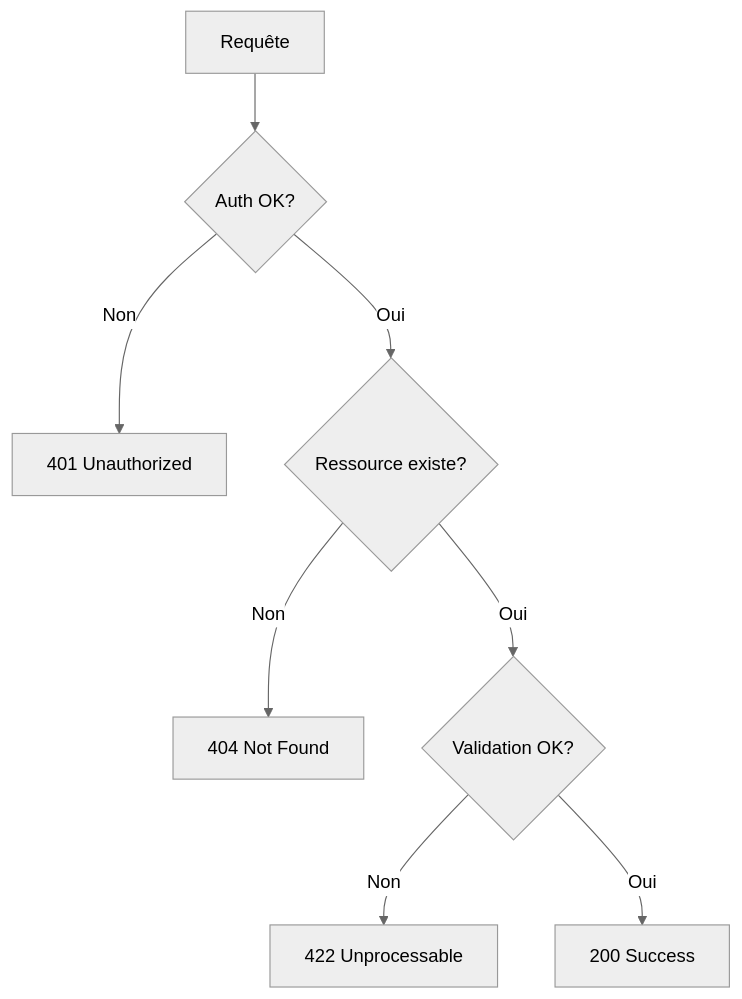
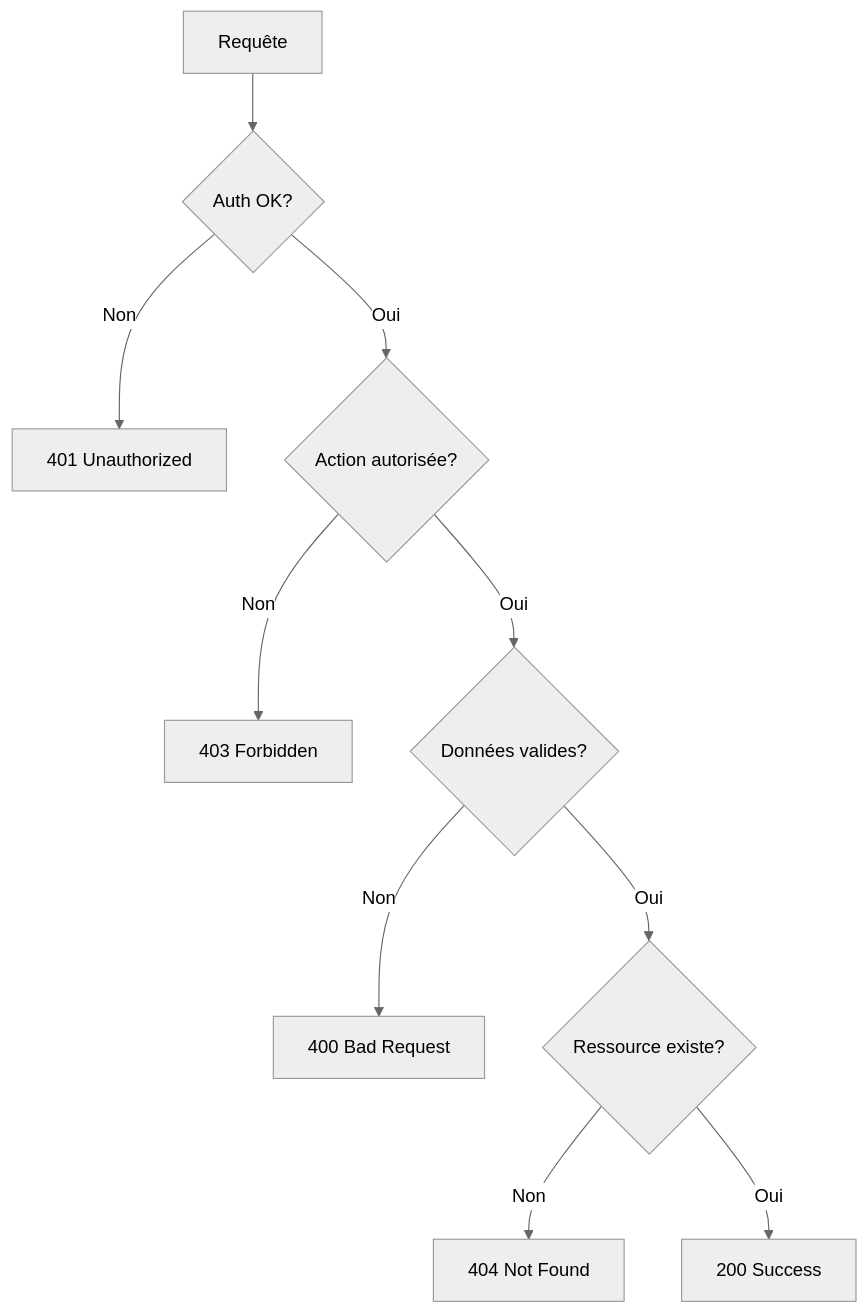
Before and after one commit to AntoineMLD/certification_DevIA: the fourth of 4 diagrams in E1_GestionDonnees/api/README.md, drawn with Mermaid (neutral theme). The commit also changed other lines of this file and 3 other files, not shown here.

````diff
--- a/E1_GestionDonnees/api/README.md
+++ b/E1_GestionDonnees/api/README.md
@@ -215,10 +256,12 @@
 ```mermaid
 graph TD
     A[Requête] --> B{Auth OK?}
     B -->|Non| C[401 Unauthorized]
-    B -->|Oui| D{Ressource existe?}
-    D -->|Non| E[404 Not Found]
-    D -->|Oui| F{Validation OK?}
-    F -->|Non| G[422 Unprocessable]
-    F -->|Oui| H[200 Success]
+    B -->|Oui| D{Action autorisée?}
+    D -->|Non| E[403 Forbidden]
+    D -->|Oui| F{Données valides?}
+    F -->|Non| G[400 Bad Request]
+    F -->|Oui| H{Ressource existe?}
+    H -->|Non| I[404 Not Found]
+    H -->|Oui| J[200 Success]
 ```
````
